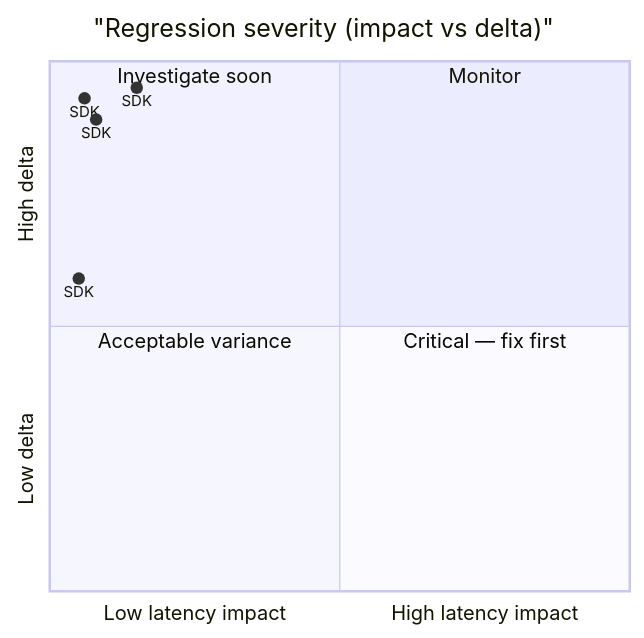
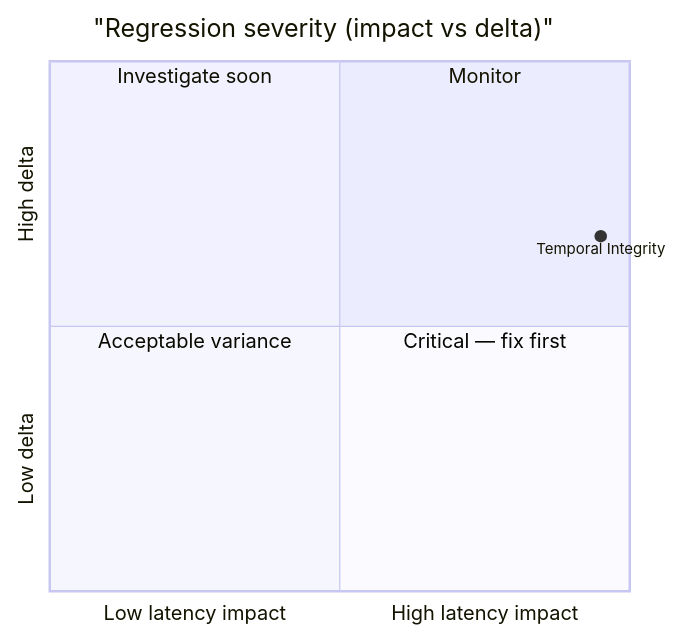
Before and after one commit to SveltyCMS/SveltyCMS: the second of 2 diagrams in docs/project/benchmarks/benchmark_sqlite.mdx, drawn with Mermaid. The commit also changed other lines of this file and 7 other files, not shown here.

````diff
--- a/docs/project/benchmarks/benchmark_sqlite.mdx
+++ b/docs/project/benchmarks/benchmark_sqlite.mdx
@@ -100,14 +95,11 @@
 ```mermaid
 quadrantChart
   title "Regression severity (impact vs delta)"
   x-axis Low latency impact --> High latency impact
   y-axis Low delta --> High delta
   quadrant-1 Monitor
   quadrant-2 Investigate soon
   quadrant-3 Acceptable variance
   quadrant-4 Critical — fix first
-    SDK: [0.05, 0.59]
-    SDK: [0.08, 0.89]
-    SDK: [0.06, 0.93]
-    SDK: [0.15, 0.95]
+    Temporal Integrity: [0.95, 0.67]
 ```
````
